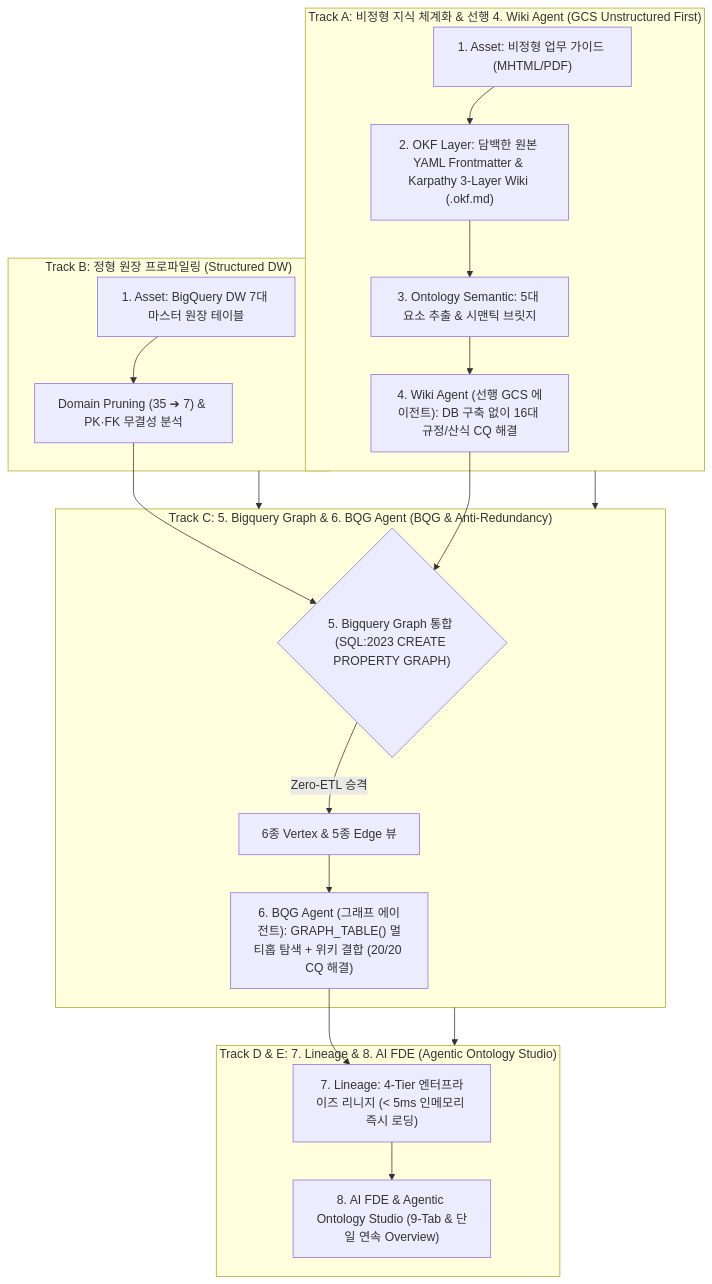
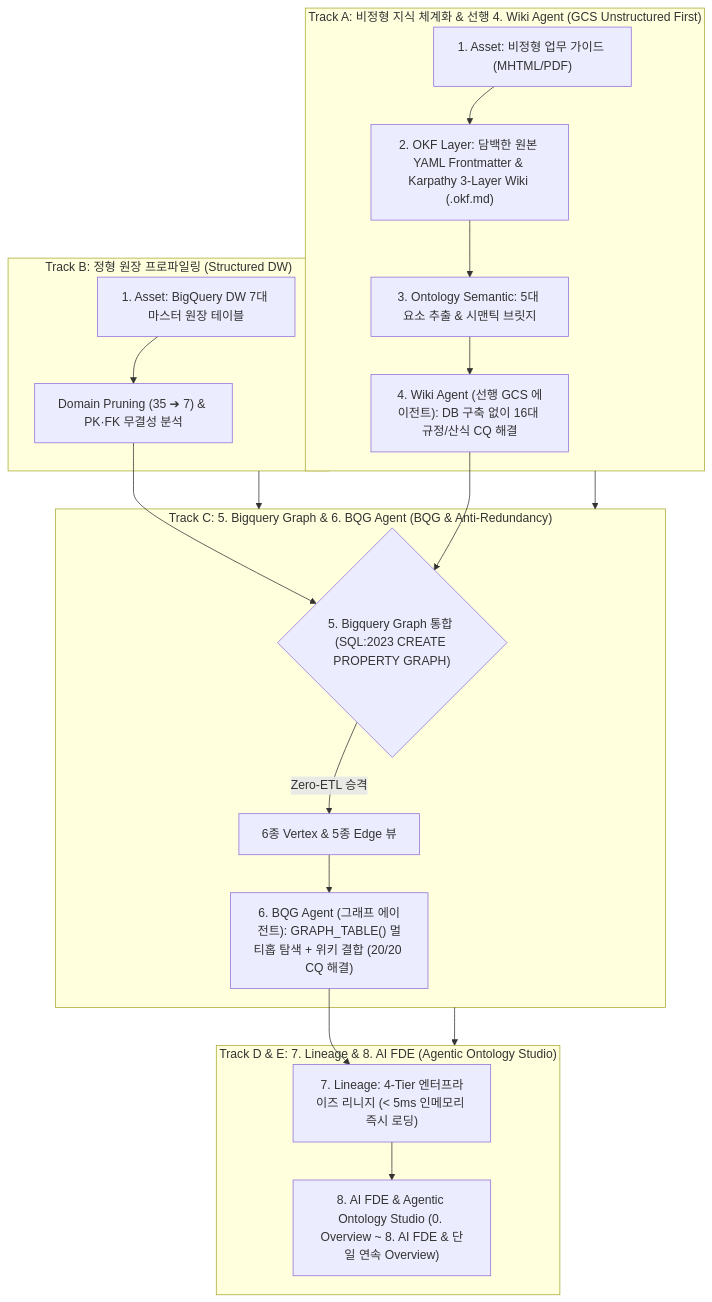
One commit to seanjungG/agentic-ontology-starter changed the diagram in README.md. Above: the diagram before and after it, drawn with Mermaid. The commit also changed other lines of this file and 20 other files, not shown here.

````diff
--- a/README.md
+++ b/README.md
@@ -12,27 +12,27 @@
 ```mermaid
 flowchart TD
     subgraph TrackA ["Track A: 비정형 지식 체계화 & 선행 4. Wiki Agent (GCS Unstructured First)"]
         RawDoc["1. Asset: 비정형 업무 가이드 (MHTML/PDF)"] --> OKF["2. OKF Layer: 담백한 원본 YAML Frontmatter & Karpathy 3-Layer Wiki (.okf.md)"]
         OKF --> Sem["3. Ontology Semantic: 5대 요소 추출 & 시맨틱 브릿지"]
         Sem --> WikiAg["4. Wiki Agent (선행 GCS 에이전트): DB 구축 없이 16대 규정/산식 CQ 해결"]
     end
 
     subgraph TrackB ["Track B: 정형 원장 프로파일링 (Structured DW)"]
         DWTable["1. Asset: BigQuery DW 7대 마스터 원장 테이블"] --> SchemaProfile["Domain Pruning (35 ➔ 7) & PK·FK 무결성 분석"]
     end
 
     subgraph TrackC ["Track C: 5. Bigquery Graph & 6. BQG Agent (BQG & Anti-Redundancy)"]
         WikiAg & SchemaProfile --> BQGIntegration{"5. Bigquery Graph 통합 (SQL:2023 CREATE PROPERTY GRAPH)"}
         BQGIntegration -->|Zero-ETL 승격| DWNode["6종 Vertex & 5종 Edge 뷰"]
         DWNode --> BQGAg["6. BQG Agent (그래프 에이전트): GRAPH_TABLE() 멀티홉 탐색 + 위키 결합 (20/20 CQ 해결)"]
     end
 
     subgraph TrackD ["Track D & E: 7. Lineage & 8. AI FDE (Agentic Ontology Studio)"]
         BQGAg --> Lineage["7. Lineage: 4-Tier 엔터프라이즈 리니지 (< 5ms 인메모리 즉시 로딩)"]
-        Lineage --> Studio["8. AI FDE & Agentic Ontology Studio (9-Tab & 단일 연속 Overview)"]
+        Lineage --> Studio["8. AI FDE & Agentic Ontology Studio (0. Overview ~ 8. AI FDE & 단일 연속 Overview)"]
     end
 
     TrackA --> TrackC
     TrackB --> TrackC
     TrackC --> TrackD
 ```
````
